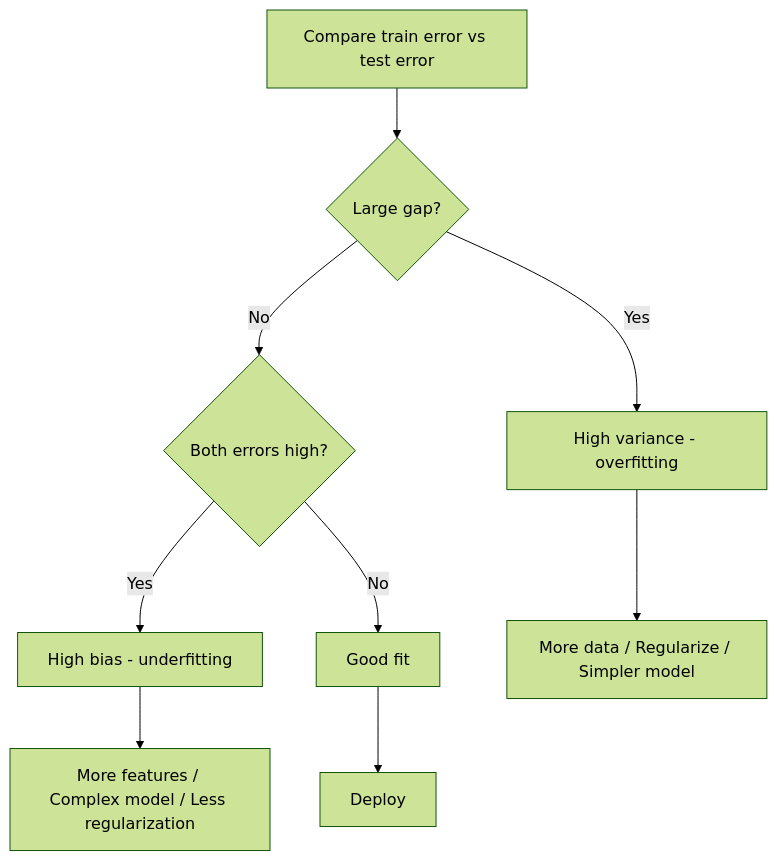
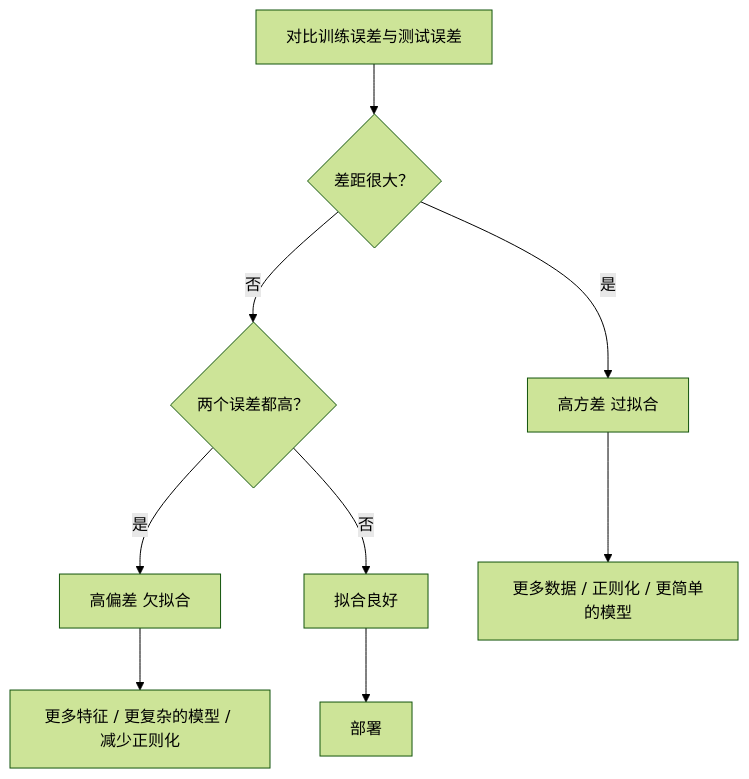
Before and after one commit to JerryC8080/ai-engineering-from-scratch-zh: the third of 5 diagrams in phases/02-ml-fundamentals/10-bias-variance/docs/zh.md, drawn with Mermaid (forest theme). The commit also changed other lines of this file and 156 other files, not shown here.

First line of the commit message:
i18n(zh): translate mermaid diagram labels in 157 lesson zh.md

````diff
--- a/phases/02-ml-fundamentals/10-bias-variance/docs/zh.md
+++ b/phases/02-ml-fundamentals/10-bias-variance/docs/zh.md
@@ -144,12 +144,12 @@
 ```mermaid
 flowchart TD
-    A[Compare train error vs test error] --> B{Large gap?}
-    B -->|Yes| C[High variance - overfitting]
-    B -->|No| D{Both errors high?}
-    D -->|Yes| E[High bias - underfitting]
-    D -->|No| F[Good fit]
+    A[对比训练误差与测试误差] --> B{差距很大？}
+    B -->|是| C[高方差 过拟合]
+    B -->|否| D{两个误差都高？}
+    D -->|是| E[高偏差 欠拟合]
+    D -->|否| F[拟合良好]
 
-    C --> G[More data / Regularize / Simpler model]
-    E --> H[More features / Complex model / Less regularization]
-    F --> I[Deploy]
+    C --> G[更多数据 / 正则化 / 更简单的模型]
+    E --> H[更多特征 / 更复杂的模型 / 减少正则化]
+    F --> I[部署]
 ```
````
